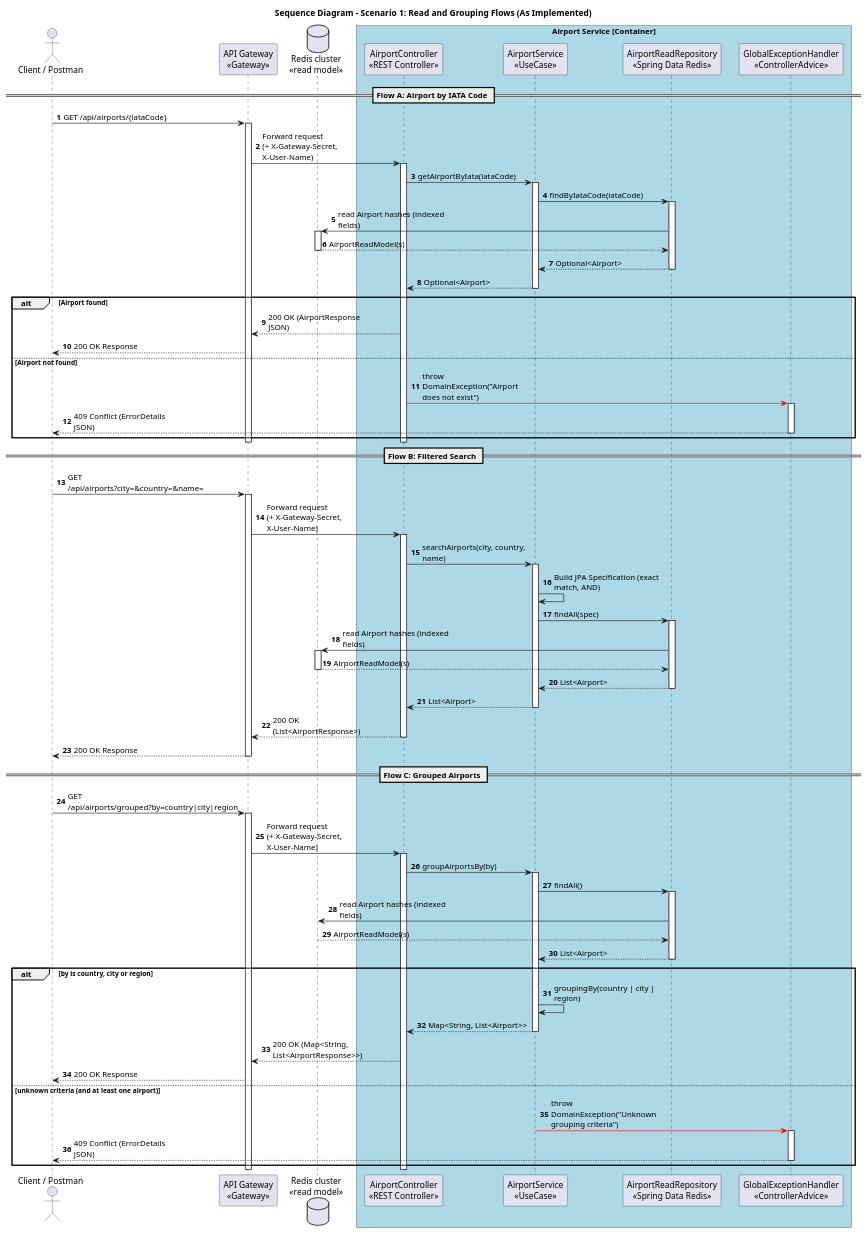
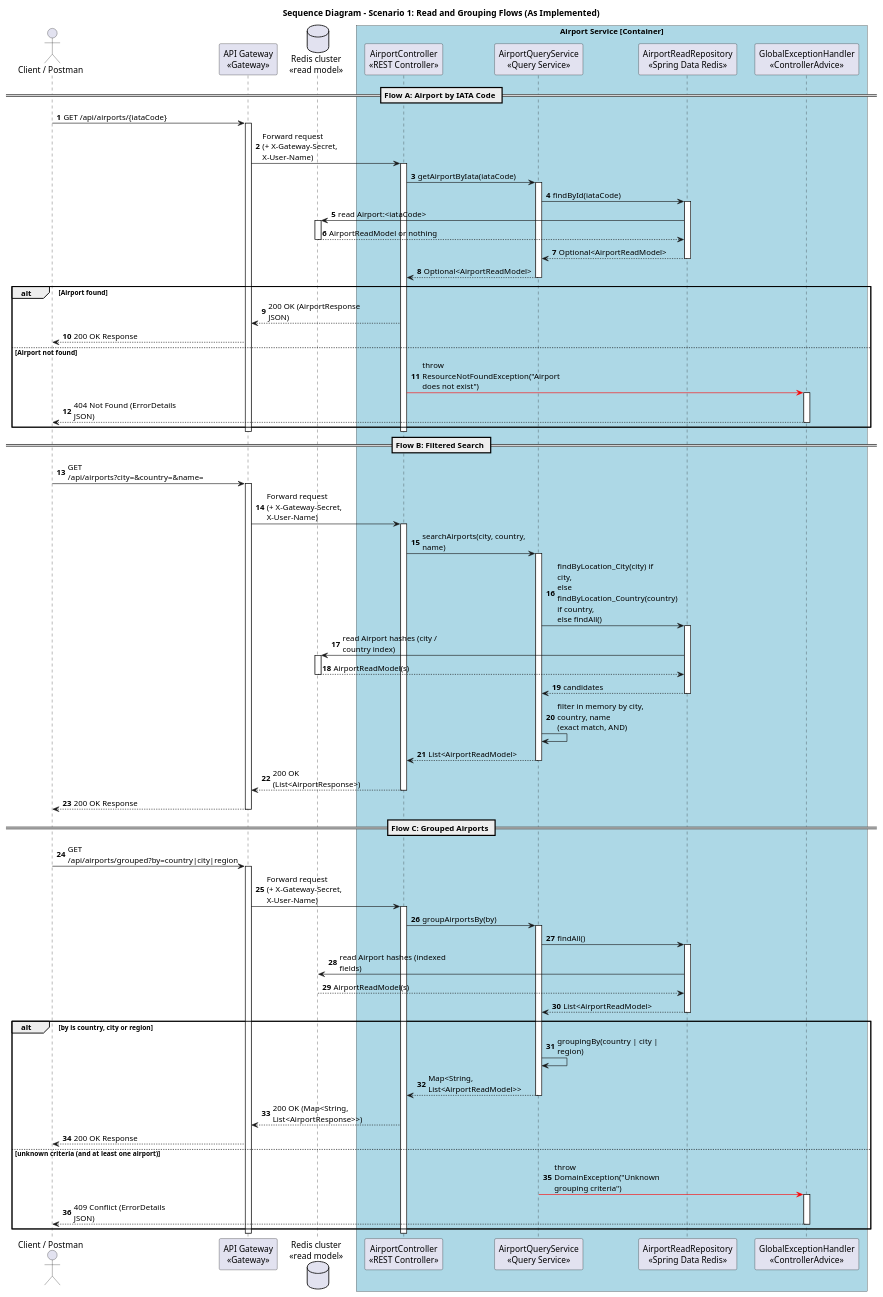
Before and after one commit to 8126Lucas/SIDIS_G6_3DA: the diagram in airport-service/docs/sequence-diagrams/scenario-1-query-airports.puml, drawn with PlantUML. The commit also changed 38 other files, not shown here.

First line of the commit message:
Refactor maintenance-service API documentation and improve error handling

```diff
--- a/airport-service/docs/sequence-diagrams/scenario-1-query-airports.puml
+++ b/airport-service/docs/sequence-diagrams/scenario-1-query-airports.puml
@@ -1,116 +1,116 @@
 @startuml
 skinparam responseMessageBelowArrow true
 skinparam maxMessageSize 180
 skinparam boxPadding 10
 skinparam participantPadding 10
 skinparam shadowing false
 
 title Sequence Diagram - Scenario 1: Read and Grouping Flows (As Implemented)
 
 autonumber
 
 actor "Client / Postman" as client
 participant "API Gateway\n<<Gateway>>" as gateway
 participant "AirportController\n<<REST Controller>>" as controller
-participant "AirportService\n<<UseCase>>" as airport_uc
+participant "AirportQueryService\n<<Query Service>>" as airport_uc
 participant "AirportReadRepository\n<<Spring Data Redis>>" as repo
 database "Redis cluster\n<<read model>>" as db
 participant "GlobalExceptionHandler\n<<ControllerAdvice>>" as exception_handler
 
 box "Airport Service [Container]" #LightBlue
     participant controller
     participant airport_uc
     participant repo
     participant exception_handler
 end box
 
 == Flow A: Airport by IATA Code ==
 
 client -> gateway : GET /api/airports/{iataCode}
 activate gateway
 gateway -> controller : Forward request\n(+ X-Gateway-Secret, X-User-Name)
 activate controller
 
 controller -> airport_uc : getAirportByIata(iataCode)
 activate airport_uc
-airport_uc -> repo : findByIataCode(iataCode)
+airport_uc -> repo : findById(iataCode)
 activate repo
-repo -> db : read Airport hashes (indexed fields)
+repo -> db : read Airport:<iataCode>
 activate db
-db --> repo : AirportReadModel(s)
+db --> repo : AirportReadModel or nothing
 deactivate db
-repo --> airport_uc : Optional<Airport>
+repo --> airport_uc : Optional<AirportReadModel>
 deactivate repo
-airport_uc --> controller : Optional<Airport>
+airport_uc --> controller : Optional<AirportReadModel>
 deactivate airport_uc
 
 alt Airport found
     controller --> gateway : 200 OK (AirportResponse JSON)
     gateway --> client : 200 OK Response
 else Airport not found
-    controller -[#red]> exception_handler : throw DomainException("Airport does not exist")
+    controller -[#red]> exception_handler : throw ResourceNotFoundException("Airport does not exist")
     activate exception_handler
-    exception_handler --> client : 409 Conflict (ErrorDetails JSON)
+    exception_handler --> client : 404 Not Found (ErrorDetails JSON)
     deactivate exception_handler
 end
 deactivate controller
 deactivate gateway
 
 == Flow B: Filtered Search ==
 
 client -> gateway : GET /api/airports?city=&country=&name=
 activate gateway
 gateway -> controller : Forward request\n(+ X-Gateway-Secret, X-User-Name)
 activate controller
 
 controller -> airport_uc : searchAirports(city, country, name)
 activate airport_uc
-airport_uc -> airport_uc : Build JPA Specification (exact match, AND)
-airport_uc -> repo : findAll(spec)
+airport_uc -> repo : findByLocation_City(city) if city,\nelse findByLocation_Country(country) if country,\nelse findAll()
 activate repo
-repo -> db : read Airport hashes (indexed fields)
+repo -> db : read Airport hashes (city / country index)
 activate db
 db --> repo : AirportReadModel(s)
 deactivate db
-repo --> airport_uc : List<Airport>
+repo --> airport_uc : candidates
 deactivate repo
-airport_uc --> controller : List<Airport>
+airport_uc -> airport_uc : filter in memory by city, country, name\n(exact match, AND)
+airport_uc --> controller : List<AirportReadModel>
 deactivate airport_uc
 
 controller --> gateway : 200 OK (List<AirportResponse>)
 deactivate controller
 gateway --> client : 200 OK Response
 deactivate gateway
 
 == Flow C: Grouped Airports ==
 
 client -> gateway : GET /api/airports/grouped?by=country|city|region
 activate gateway
 gateway -> controller : Forward request\n(+ X-Gateway-Secret, X-User-Name)
 activate controller
 
 controller -> airport_uc : groupAirportsBy(by)
 activate airport_uc
 airport_uc -> repo : findAll()
 activate repo
 repo -> db : read Airport hashes (indexed fields)
 db --> repo : AirportReadModel(s)
-repo --> airport_uc : List<Airport>
+repo --> airport_uc : List<AirportReadModel>
 deactivate repo
 
 alt by is country, city or region
     airport_uc -> airport_uc : groupingBy(country | city | region)
-    airport_uc --> controller : Map<String, List<Airport>>
+    airport_uc --> controller : Map<String, List<AirportReadModel>>
     deactivate airport_uc
     controller --> gateway : 200 OK (Map<String, List<AirportResponse>>)
     gateway --> client : 200 OK Response
 else unknown criteria (and at least one airport)
     airport_uc -[#red]> exception_handler : throw DomainException("Unknown grouping criteria")
     activate exception_handler
     exception_handler --> client : 409 Conflict (ErrorDetails JSON)
     deactivate exception_handler
 end
 deactivate controller
 deactivate gateway
 
 @enduml
```
